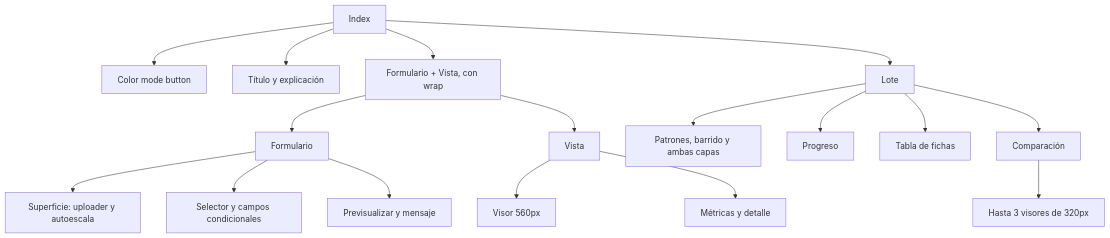
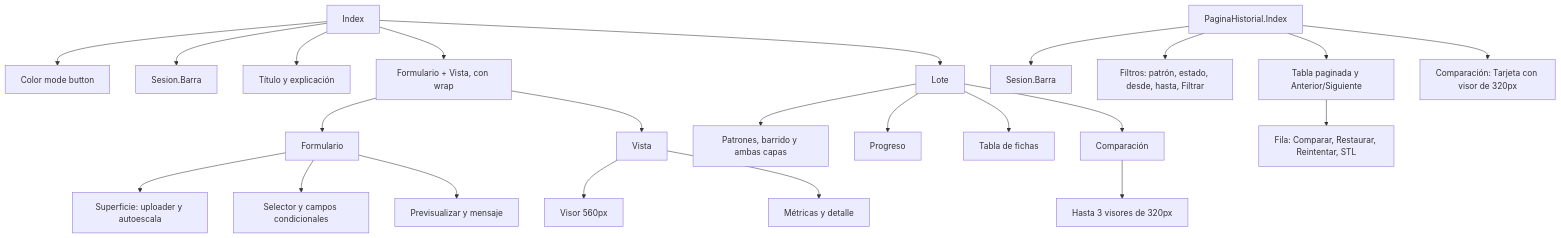
Before and after one commit to MateoDG2006/GenerateModelsApp: the second of 3 diagrams in docs/AppFrontend/ARQUITECTURA.md, drawn with Mermaid. The commit also changed other lines of this file and 29 other files, not shown here.

````diff
--- a/docs/AppFrontend/ARQUITECTURA.md
+++ b/docs/AppFrontend/ARQUITECTURA.md
@@ -28,19 +33,25 @@
 ```mermaid
 flowchart TB
   I[Index] --> CM[Color mode button]
+  I --> SB[Sesion.Barra]
   I --> H[Título y explicación]
   I --> ROW[Formulario + Vista, con wrap]
   ROW --> F[Formulario]
   F --> S[Superficie: uploader y autoescala]
   F --> P[Selector y campos condicionales]
   F --> GEN[Previsualizar y mensaje]
   ROW --> V[Vista]
   V --> IF[Visor 560px]
   V --> ME[Métricas y detalle]
   I --> L[Lote]
   L --> OPTIONS[Patrones, barrido y ambas capas]
   L --> PROG[Progreso]
   L --> TABLE[Tabla de fichas]
   L --> C[Comparación]
   C --> SMALL[Hasta 3 visores de 320px]
+  HI[PaginaHistorial.Index] --> SB2[Sesion.Barra]
+  HI --> FI[Filtros: patrón, estado, desde, hasta, Filtrar]
+  HI --> TA[Tabla paginada y Anterior/Siguiente]
+  TA --> FL[Fila: Comparar, Restaurar, Reintentar, STL]
+  HI --> CO[Comparación: Tarjeta con visor de 320px]
 ```
````
